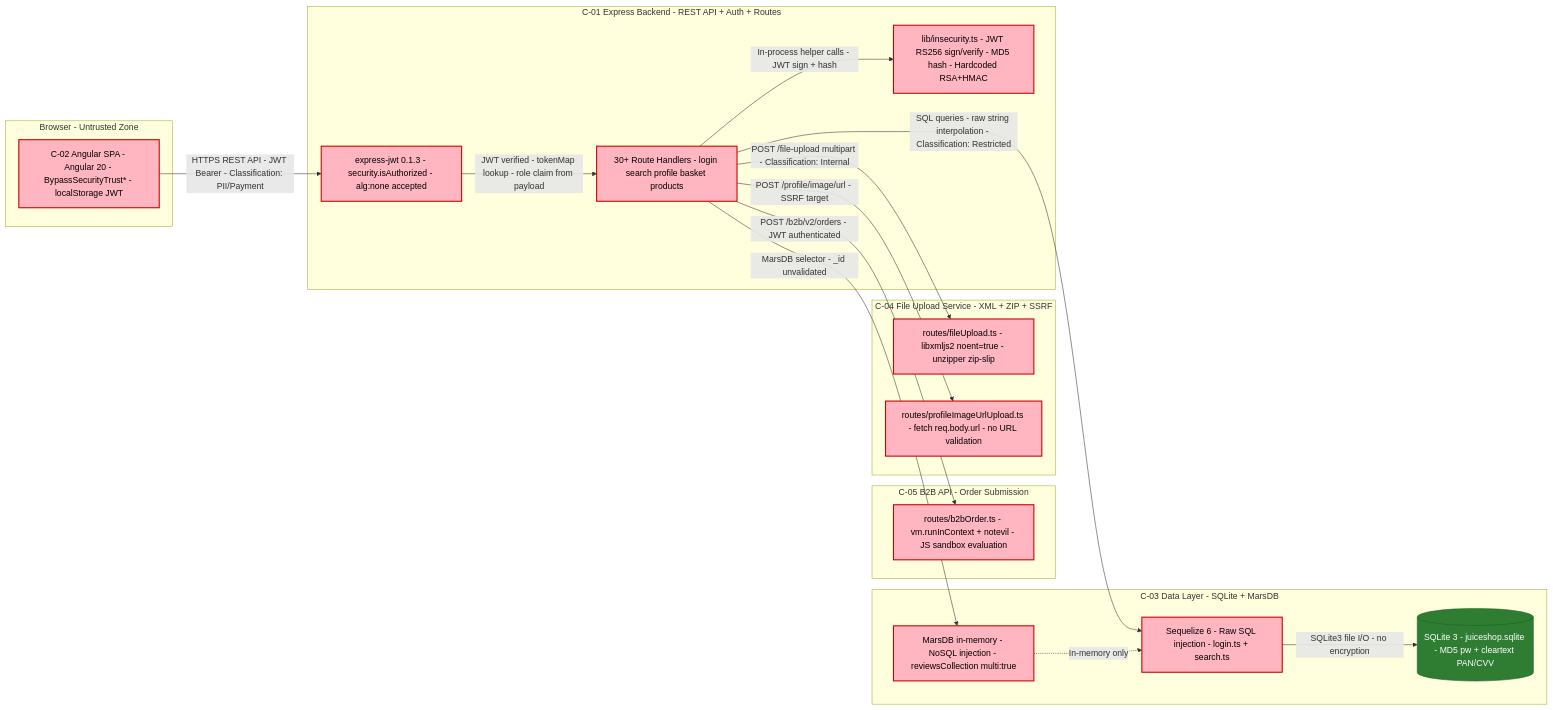
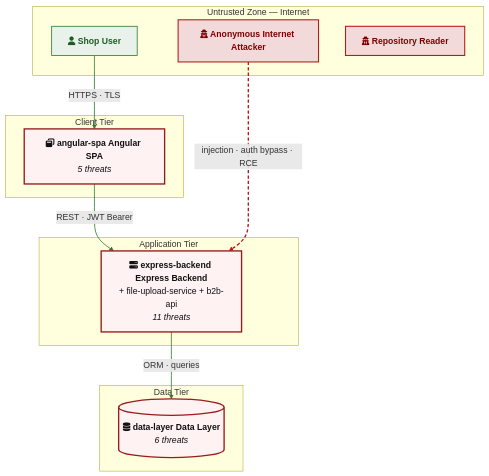
The fourth of 18 diagrams in examples/threat-modeler/threat-mode-juice-shop-standard.md (appsec-foundry/appsec-advisor), drawn with Mermaid before and after one commit. The commit also changed other lines of this file and 9 other files, not shown here.

Commit message:
mermaid diagrams improved

````diff
--- a/examples/threat-modeler/threat-mode-juice-shop-standard.md
+++ b/examples/threat-modeler/threat-mode-juice-shop-standard.md
@@ -503,50 +413,28 @@
 ```mermaid
-graph LR
-    classDef person   fill:#08427B,stroke:#073B6F,color:#fff
-    classDef system   fill:#1168BD,stroke:#0E5CA8,color:#fff
-    classDef external fill:#999,stroke:#666,color:#fff
-    classDef db       fill:#2E7D32,stroke:#1B5E20,color:#fff
-    classDef risk     fill:#FFB6C1,stroke:#c00,color:#000,stroke-width:2px
+flowchart TD
+    subgraph EXT["Untrusted Zone — Internet"]
+        INTERNET_ANON["fa:fa-user-secret <b>Anonymous Internet Attacker</b>"]:::threat
+        VICTIM_REQUIRED["fa:fa-user <b>Shop User</b>"]:::legit
+        REPO_READ["fa:fa-user-secret <b>Repository Reader</b>"]:::threat
+    end
+    subgraph CLIENT["Client Tier"]
+        angular_spa["fa:fa-window-restore <b>angular-spa Angular SPA</b><br/><i>5 threats</i>"]:::risk
+    end
+    subgraph APP["Application Tier"]
+        express_backend["fa:fa-server <b>express-backend Express Backend</b><br/>+ file-upload-service + b2b-api<br/><i>11 threats</i>"]:::risk
+    end
+    subgraph DATA["Data Tier"]
+        data_layer[("fa:fa-database <b>data-layer Data Layer</b><br/><i>6 threats</i>")]:::risk
+    end
+    VICTIM_REQUIRED -->|"HTTPS · TLS"| angular_spa
+    angular_spa -->|"REST · JWT Bearer"| express_backend
+    express_backend -->|"ORM · queries"| data_layer
+    INTERNET_ANON -.->|"injection · auth bypass · RCE"| express_backend
 
-    subgraph CLIENT["Browser - Untrusted Zone"]
-        C02[C-02 Angular SPA - Angular 20 - BypassSecurityTrust* - localStorage JWT]:::risk
-    end
-
-    subgraph BACKEND["C-01 Express Backend - REST API + Auth + Routes"]
-        AUTH[express-jwt 0.1.3 - security.isAuthorized - alg:none accepted]:::risk
-        ROUTES[30+ Route Handlers - login search profile basket products]:::risk
-        INSEC[lib/insecurity.ts - JWT RS256 sign/verify - MD5 hash - Hardcoded RSA+HMAC]:::risk
-    end
-
-    subgraph BAPI["C-05 B2B API - Order Submission"]
-        B2BAPI[routes/b2bOrder.ts - vm.runInContext + notevil - JS sandbox evaluation]:::risk
-    end
-
-    subgraph FUPLOAD["C-04 File Upload Service - XML + ZIP + SSRF"]
-        FUP[routes/fileUpload.ts - libxmljs2 noent=true - unzipper zip-slip]:::risk
-        SSRF[routes/profileImageUrlUpload.ts - fetch req.body.url - no URL validation]:::risk
-    end
-
-    subgraph DATALAYER["C-03 Data Layer - SQLite + MarsDB"]
-        ORM[Sequelize 6 - Raw SQL injection - login.ts + search.ts]:::risk
-        NOSQLDB[MarsDB in-memory - NoSQL injection - reviewsCollection multi:true]:::risk
-        SQLITE[(SQLite 3 - juiceshop.sqlite - MD5 pw + cleartext PAN/CVV)]:::db
-    end
-
-    C02 -->|"HTTPS REST API - JWT Bearer - Classification: PII/Payment"| AUTH
-    AUTH -->|"JWT verified - tokenMap lookup - role claim from payload"| ROUTES
-    ROUTES -->|"In-process helper calls - JWT sign + hash"| INSEC
-    ROUTES -->|"SQL queries - raw string interpolation - Classification: Restricted"| ORM
-    ROUTES -->|"MarsDB selector - _id unvalidated"| NOSQLDB
-    ROUTES -->|"POST /b2b/v2/orders - JWT authenticated"| B2BAPI
-    ROUTES -->|"POST /file-upload multipart - Classification: Internal"| FUP
-    ROUTES -->|"POST /profile/image/url - SSRF target"| SSRF
-    ORM -->|"SQLite3 file I/O - no encryption"| SQLITE
-    NOSQLDB -.->|"In-memory only"| ORM
-
-    %% Trust Boundary Key:
-    %% C02/C01: express-jwt 0.1.3 JWT middleware — alg:none bypass; forged tokens accepted
-    %% C01/C03: Sequelize ORM — raw injection in 2 routes bypasses parameterization
-    %% C01/C05: vm.runInContext — not a security boundary; notevil escapable
-    %% C01/C04: Multer file parser — XXE + zip-slip + SSRF all exploitable
+    classDef legit fill:#e8f1ea,stroke:#2e7d32,color:#1b5e20,stroke-width:1.5px
+    classDef threat fill:#f3dada,stroke:#b71c1c,color:#7f0000,stroke-width:2px
+    classDef external fill:#f2f2f2,stroke:#424242,color:#212121,stroke-width:1.5px
+    classDef risk fill:#fef2f2,stroke:#991b1b,color:#111,stroke-width:2.5px
+    linkStyle 0,1,2 stroke:#2e7d32,stroke-width:1.5px
+    linkStyle 3 stroke:#b71c1c,stroke-width:2.5px,stroke-dasharray:6 4
 ```
````
